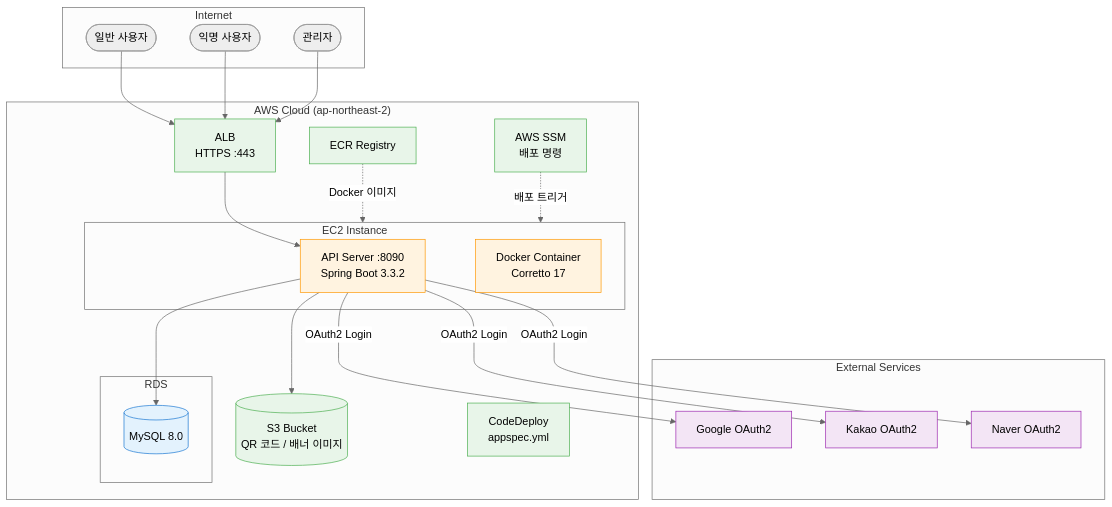
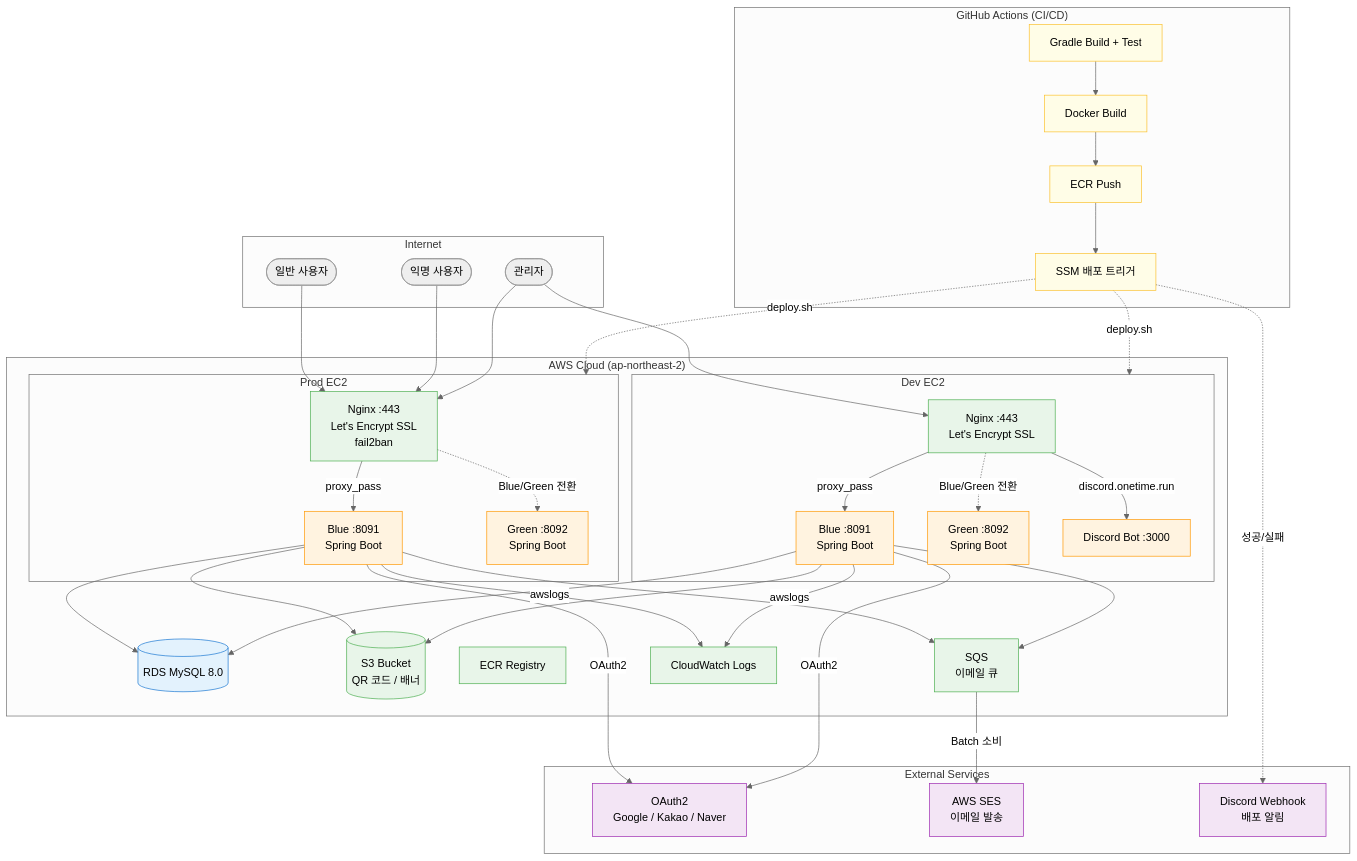
One commit to onetime-with-members/backend changed the first of 7 diagrams in docs/ARCHITECTURE.md. Above: the diagram before and after it, drawn with Mermaid (neutral theme). The commit also changed other lines of this file and 1 other file, not shown here.

Commit message:
docs: 아키텍처 개요 수정 및 README 보강

````diff
--- a/docs/ARCHITECTURE.md
+++ b/docs/ARCHITECTURE.md
@@ -11,56 +11,76 @@
 ```mermaid
 flowchart TB
     subgraph Internet
         User([일반 사용자])
         Anon([익명 사용자])
         AdminUser([관리자])
     end
 
+    subgraph GHA["GitHub Actions (CI/CD)"]
+        Build[Gradle Build + Test]
+        DockerBuild[Docker Build]
+        ECRPush[ECR Push]
+        SSMTrigger[SSM 배포 트리거]
+    end
+
     subgraph AWS["AWS Cloud (ap-northeast-2)"]
-        ALB[ALB<br/>HTTPS :443]
-
-        subgraph EC2["EC2 Instance"]
-            App[API Server :8090<br/>Spring Boot 3.3.2]
-            Docker[Docker Container<br/>Corretto 17]
+        subgraph ProdEC2["Prod EC2"]
+            ProdNginx[Nginx :443<br/>Let's Encrypt SSL<br/>fail2ban]
+            ProdBlue[Blue :8091<br/>Spring Boot]
+            ProdGreen[Green :8092<br/>Spring Boot]
         end
 
-        subgraph RDS["RDS"]
-            MySQL[(MySQL 8.0)]
+        subgraph DevEC2["Dev EC2"]
+            DevNginx[Nginx :443<br/>Let's Encrypt SSL]
+            DevBlue[Blue :8091<br/>Spring Boot]
+            DevGreen[Green :8092<br/>Spring Boot]
+            DiscordBot[Discord Bot :3000]
         end
 
-        S3[(S3 Bucket<br/>QR 코드 / 배너 이미지)]
+        RDS[(RDS MySQL 8.0)]
+        S3[(S3 Bucket<br/>QR 코드 / 배너)]
         ECR[ECR Registry]
-        SSM[AWS SSM<br/>배포 명령]
-        CodeDeploy[CodeDeploy<br/>appspec.yml]
+        SQS[SQS<br/>이메일 큐]
+        CloudWatch[CloudWatch Logs]
     end
 
     subgraph External["External Services"]
-        Google[Google OAuth2]
-        Kakao[Kakao OAuth2]
-        Naver[Naver OAuth2]
+        OAuth[OAuth2<br/>Google / Kakao / Naver]
+        SES[AWS SES<br/>이메일 발송]
+        Discord[Discord Webhook<br/>배포 알림]
     end
 
-    User --> ALB
-    Anon --> ALB
-    AdminUser --> ALB
+    User & Anon --> ProdNginx
+    AdminUser --> ProdNginx
+    AdminUser --> DevNginx
 
-    ALB --> App
-    App --> MySQL
-    App --> S3
-    App -->|OAuth2 Login| Google
-    App -->|OAuth2 Login| Kakao
-    App -->|OAuth2 Login| Naver
+    ProdNginx -->|proxy_pass| ProdBlue
+    ProdNginx -.->|Blue/Green 전환| ProdGreen
+    DevNginx -->|proxy_pass| DevBlue
+    DevNginx -.->|Blue/Green 전환| DevGreen
+    DevNginx -->|discord.onetime.run| DiscordBot
 
-    ECR -.->|Docker 이미지| EC2
-    SSM -.->|배포 트리거| EC2
+    ProdBlue & DevBlue --> RDS
+    ProdBlue & DevBlue --> S3
+    ProdBlue & DevBlue --> SQS
+    ProdBlue & DevBlue -->|OAuth2| OAuth
+    SQS -->|Batch 소비| SES
+
+    Build --> DockerBuild --> ECRPush --> SSMTrigger
+    SSMTrigger -.->|deploy.sh| ProdEC2
+    SSMTrigger -.->|deploy.sh| DevEC2
+    ProdBlue & DevBlue -->|awslogs| CloudWatch
+    SSMTrigger -.->|성공/실패| Discord
 
     classDef db fill:#E3F2FD,stroke:#1976D2
     classDef app fill:#FFF3E0,stroke:#FF9800
     classDef ext fill:#F3E5F5,stroke:#9C27B0
     classDef infra fill:#E8F5E9,stroke:#4CAF50
+    classDef ci fill:#FFFDE7,stroke:#FBC02D
 
-    class MySQL db
-    class App,Docker app
-    class Google,Kakao,Naver ext
-    class ALB,S3,ECR,SSM,CodeDeploy infra
+    class RDS db
+    class ProdBlue,ProdGreen,DevBlue,DevGreen,DiscordBot app
+    class OAuth,SES,Discord ext
+    class ProdNginx,DevNginx,S3,ECR,SQS,CloudWatch infra
+    class Build,DockerBuild,ECRPush,SSMTrigger ci
 ```
````
